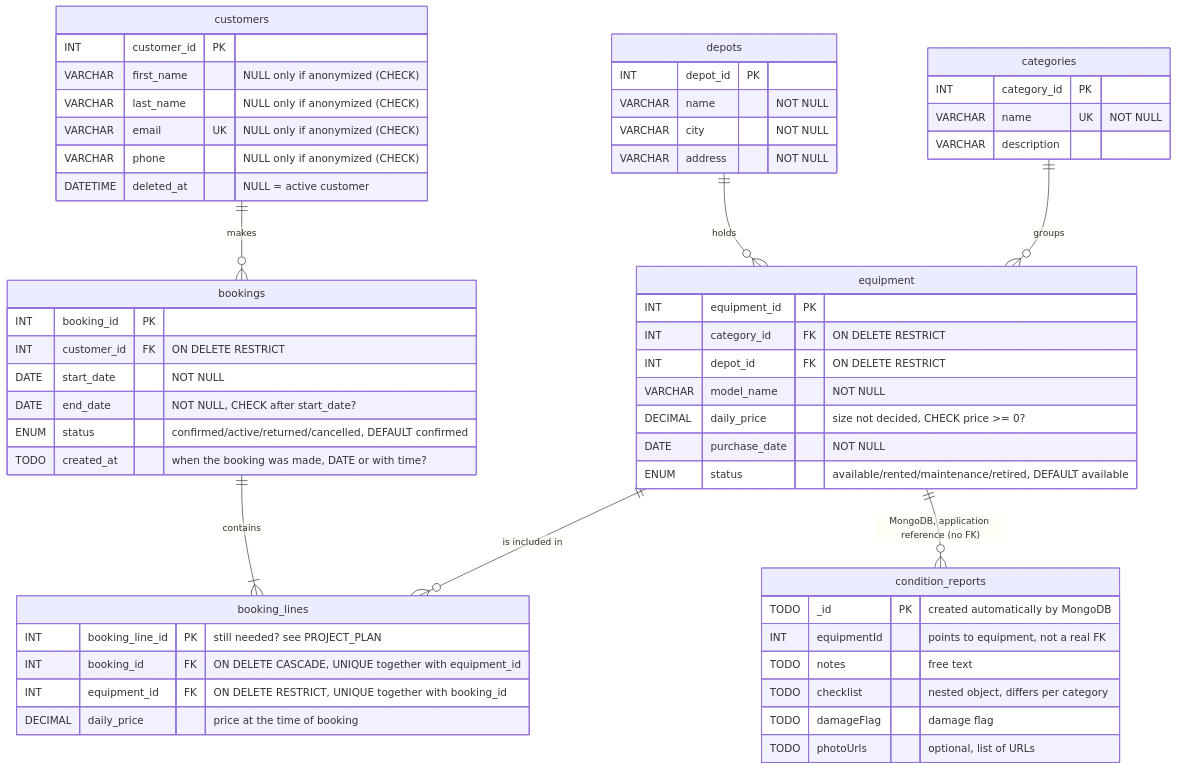
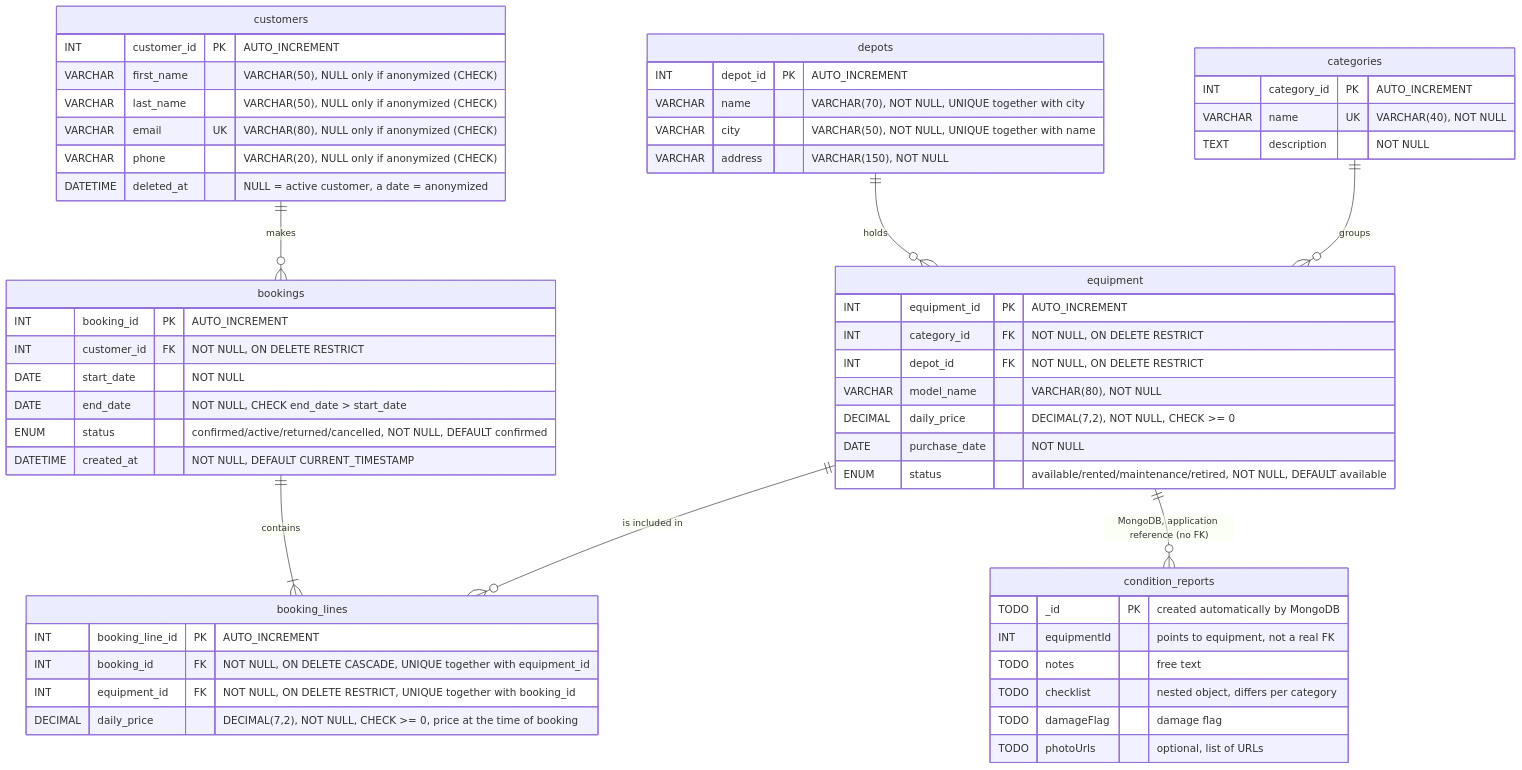
The diagram in docs/er-diagram.md (IsaForsberg/nordicrent-api), drawn with Mermaid before and after one commit. The commit also changed other lines of this file and 3 other files, not shown here.

Commit message:
Sync ER diagram with setup.sql, add seed data

````diff
--- a/docs/er-diagram.md
+++ b/docs/er-diagram.md
@@ -5,66 +5,66 @@
 ```mermaid
 erDiagram
     customers ||--o{ bookings : "makes"
     bookings ||--|{ booking_lines : "contains"
     equipment ||--o{ booking_lines : "is included in"
     depots ||--o{ equipment : "holds"
     categories ||--o{ equipment : "groups"
     equipment ||--o{ condition_reports : "MongoDB, application reference (no FK)"
 
     customers {
-        INT customer_id PK
-        VARCHAR first_name "NULL only if anonymized (CHECK)"
-        VARCHAR last_name "NULL only if anonymized (CHECK)"
-        VARCHAR email UK "NULL only if anonymized (CHECK)"
-        VARCHAR phone "NULL only if anonymized (CHECK)"
-        DATETIME deleted_at "NULL = active customer"
+        INT customer_id PK "AUTO_INCREMENT"
+        VARCHAR first_name "VARCHAR(50), NULL only if anonymized (CHECK)"
+        VARCHAR last_name "VARCHAR(50), NULL only if anonymized (CHECK)"
+        VARCHAR email UK "VARCHAR(80), NULL only if anonymized (CHECK)"
+        VARCHAR phone "VARCHAR(20), NULL only if anonymized (CHECK)"
+        DATETIME deleted_at "NULL = active customer, a date = anonymized"
     }
 
     depots {
-        INT depot_id PK
-        VARCHAR name "NOT NULL"
-        VARCHAR city "NOT NULL"
-        VARCHAR address "NOT NULL"
+        INT depot_id PK "AUTO_INCREMENT"
+        VARCHAR name "VARCHAR(70), NOT NULL, UNIQUE together with city"
+        VARCHAR city "VARCHAR(50), NOT NULL, UNIQUE together with name"
+        VARCHAR address "VARCHAR(150), NOT NULL"
     }
 
     categories {
-        INT category_id PK
-        VARCHAR name UK "NOT NULL"
-        VARCHAR description
+        INT category_id PK "AUTO_INCREMENT"
+        VARCHAR name UK "VARCHAR(40), NOT NULL"
+        TEXT description "NOT NULL"
     }
 
     equipment {
-        INT equipment_id PK
-        INT category_id FK "ON DELETE RESTRICT"
-        INT depot_id FK "ON DELETE RESTRICT"
-        VARCHAR model_name "NOT NULL"
-        DECIMAL daily_price "size not decided, CHECK price >= 0?"
+        INT equipment_id PK "AUTO_INCREMENT"
+        INT category_id FK "NOT NULL, ON DELETE RESTRICT"
+        INT depot_id FK "NOT NULL, ON DELETE RESTRICT"
+        VARCHAR model_name "VARCHAR(80), NOT NULL"
+        DECIMAL daily_price "DECIMAL(7,2), NOT NULL, CHECK >= 0"
         DATE purchase_date "NOT NULL"
-        ENUM status "available/rented/maintenance/retired, DEFAULT available"
+        ENUM status "available/rented/maintenance/retired, NOT NULL, DEFAULT available"
     }
 
     bookings {
-        INT booking_id PK
-        INT customer_id FK "ON DELETE RESTRICT"
+        INT booking_id PK "AUTO_INCREMENT"
+        INT customer_id FK "NOT NULL, ON DELETE RESTRICT"
         DATE start_date "NOT NULL"
-        DATE end_date "NOT NULL, CHECK after start_date?"
-        ENUM status "confirmed/active/returned/cancelled, DEFAULT confirmed"
-        TODO created_at "when the booking was made, DATE or with time?"
+        DATE end_date "NOT NULL, CHECK end_date > start_date"
+        ENUM status "confirmed/active/returned/cancelled, NOT NULL, DEFAULT confirmed"
+        DATETIME created_at "NOT NULL, DEFAULT CURRENT_TIMESTAMP"
     }
 
     booking_lines {
-        INT booking_line_id PK "still needed? see PROJECT_PLAN"
-        INT booking_id FK "ON DELETE CASCADE, UNIQUE together with equipment_id"
-        INT equipment_id FK "ON DELETE RESTRICT, UNIQUE together with booking_id"
-        DECIMAL daily_price "price at the time of booking"
+        INT booking_line_id PK "AUTO_INCREMENT"
+        INT booking_id FK "NOT NULL, ON DELETE CASCADE, UNIQUE together with equipment_id"
+        INT equipment_id FK "NOT NULL, ON DELETE RESTRICT, UNIQUE together with booking_id"
+        DECIMAL daily_price "DECIMAL(7,2), NOT NULL, CHECK >= 0, price at the time of booking"
     }
 
     condition_reports {
         TODO _id PK "created automatically by MongoDB"
         INT equipmentId "points to equipment, not a real FK"
         TODO notes "free text"
         TODO checklist "nested object, differs per category"
         TODO damageFlag "damage flag"
         TODO photoUrls "optional, list of URLs"
-    }
+    } 
 ```
````
